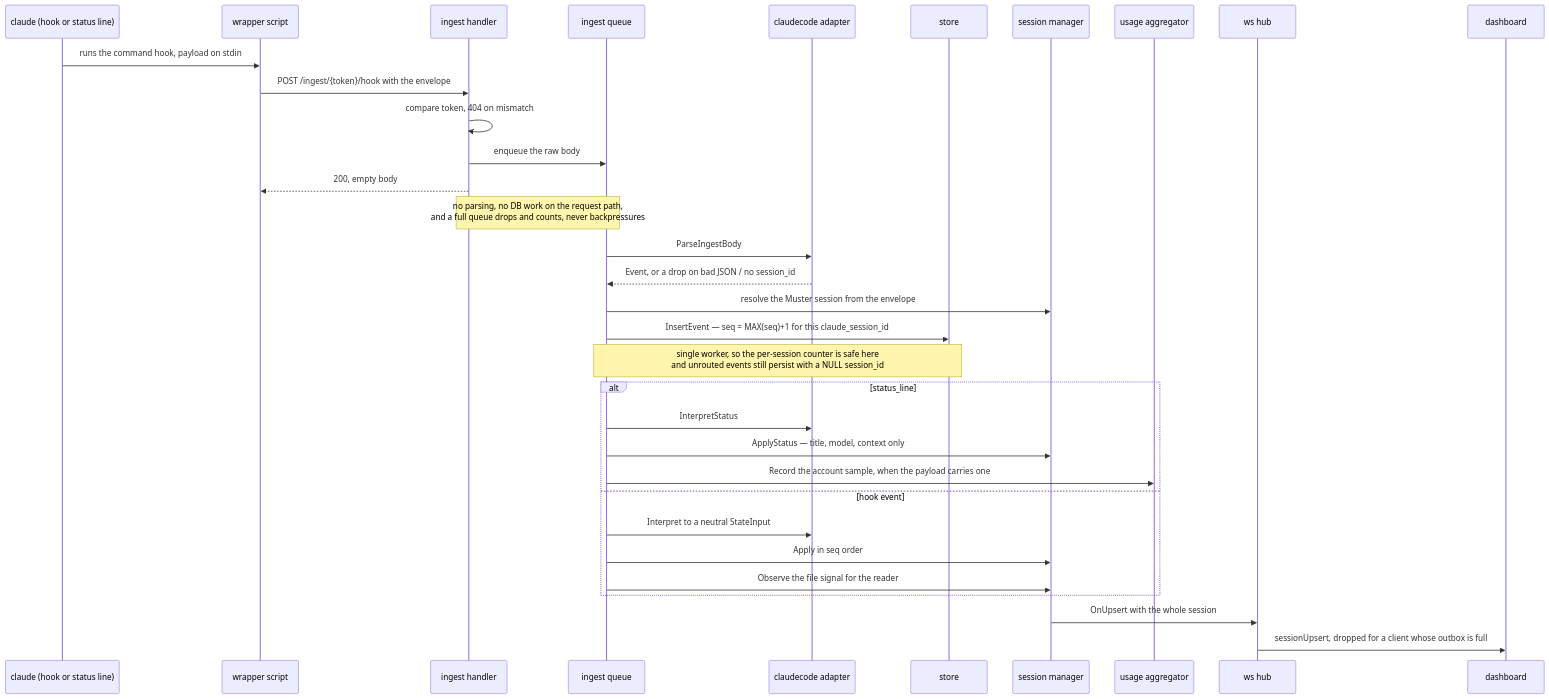
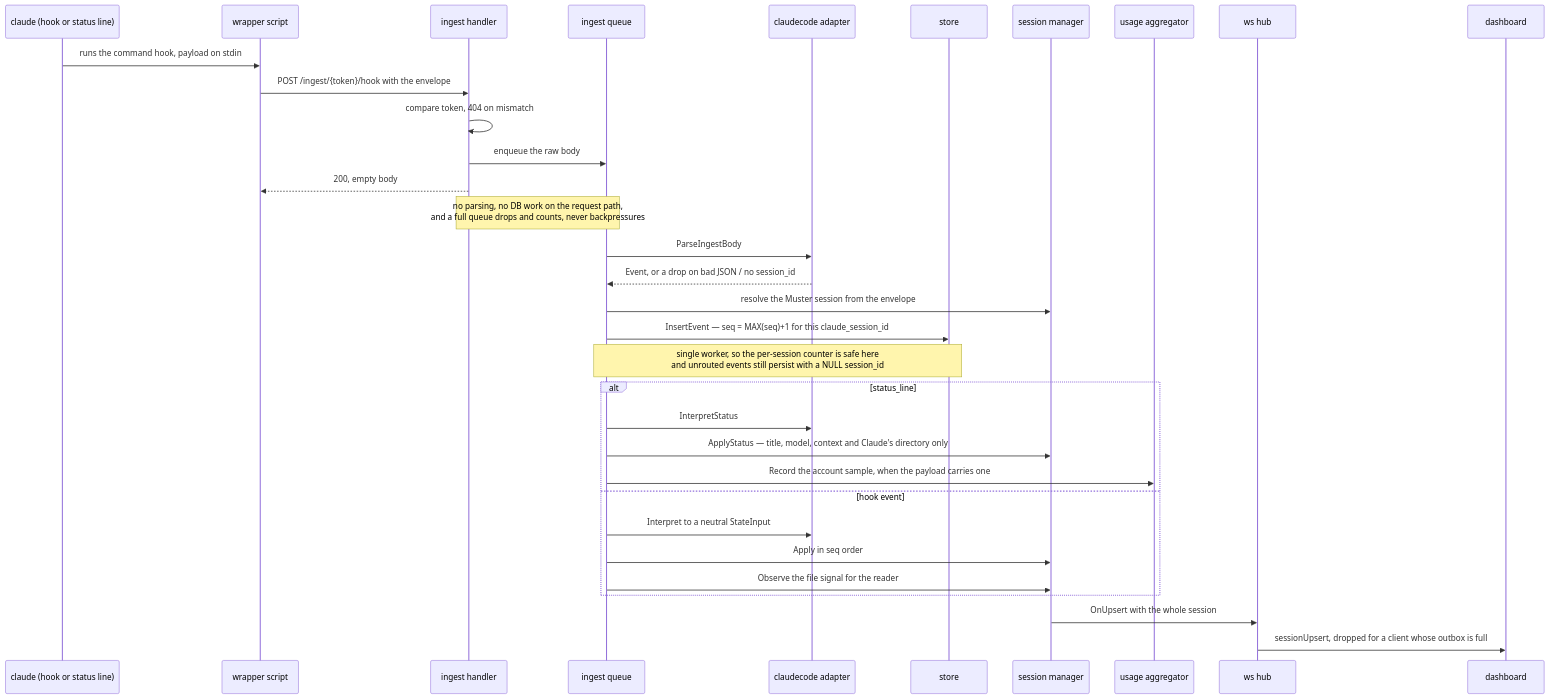
The diagram in docs/features/ingest/spec.md (Zalaras/muster), drawn with Mermaid before and after one commit. The commit also changed other lines of this file and 149 other files, not shown here.

Commit message:
fix(card): keep branch and model current, show where Claude works

````diff
--- a/docs/features/ingest/spec.md
+++ b/docs/features/ingest/spec.md
@@ -61,39 +62,39 @@
 ```mermaid
 sequenceDiagram
     participant CC as claude (hook or status line)
     participant W as wrapper script
     participant H as ingest handler
     participant Q as ingest queue
     participant A as claudecode adapter
     participant DB as store
     participant M as session manager
     participant U as usage aggregator
     participant HUB as ws hub
     participant UI as dashboard
 
     CC->>W: runs the command hook, payload on stdin
     W->>H: POST /ingest/{token}/hook with the envelope
     H->>H: compare token, 404 on mismatch
     H->>Q: enqueue the raw body
     H-->>W: 200, empty body
     Note over H,Q: no parsing, no DB work on the request path,<br/>and a full queue drops and counts, never backpressures
 
     Q->>A: ParseIngestBody
     A-->>Q: Event, or a drop on bad JSON / no session_id
     Q->>M: resolve the Muster session from the envelope
     Q->>DB: InsertEvent — seq = MAX(seq)+1 for this claude_session_id
     Note over Q,DB: single worker, so the per-session counter is safe here<br/>and unrouted events still persist with a NULL session_id
 
     alt status_line
         Q->>A: InterpretStatus
-        Q->>M: ApplyStatus — title, model, context only
+        Q->>M: ApplyStatus — title, model, context and Claude's directory only
         Q->>U: Record the account sample, when the payload carries one
     else hook event
         Q->>A: Interpret to a neutral StateInput
         Q->>M: Apply in seq order
         Q->>M: Observe the file signal for the reader
     end
 
     M->>HUB: OnUpsert with the whole session
     HUB->>UI: sessionUpsert, dropped for a client whose outbox is full
 ```
````
